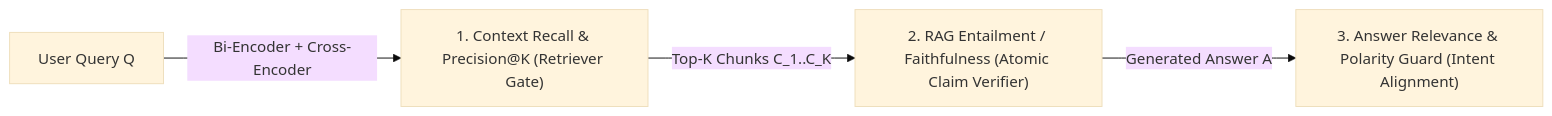
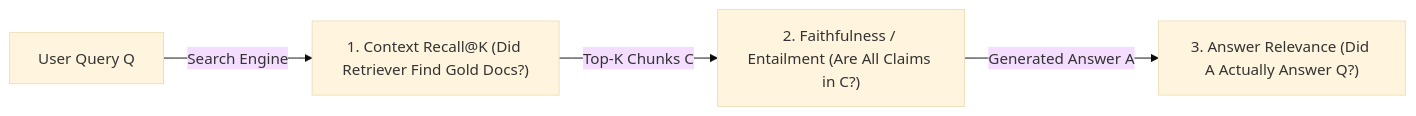
One commit to manjunathk833/codingforinterviews changed the diagram in knowledgebase/ai-engineering/01-rag-triad-and-claim-verification.md. Above: the diagram before and after it, drawn with Mermaid (base theme). The commit also changed other lines of this file and 55 other files, not shown here.

````diff
--- a/knowledgebase/ai-engineering/01-rag-triad-and-claim-verification.md
+++ b/knowledgebase/ai-engineering/01-rag-triad-and-claim-verification.md
@@ -71,6 +113,6 @@
 ```mermaid
 flowchart LR
-  Query["User Query Q"] -->|Bi-Encoder + Cross-Encoder| Ret["1. Context Recall & Precision@K (Retriever Gate)"]
-  Ret -->|Top-K Chunks C_1..C_K| Gen["2. RAG Entailment / Faithfulness (Atomic Claim Verifier)"]
-  Gen -->|Generated Answer A| Rel["3. Answer Relevance & Polarity Guard (Intent Alignment)"]
+  Query["User Query Q"] -->|Search Engine| Ret["1. Context Recall@K (Did Retriever Find Gold Docs?)"]
+  Ret -->|Top-K Chunks C| Gen["2. Faithfulness / Entailment (Are All Claims in C?)"]
+  Gen -->|Generated Answer A| Rel["3. Answer Relevance (Did A Actually Answer Q?)"]
 ```
````
